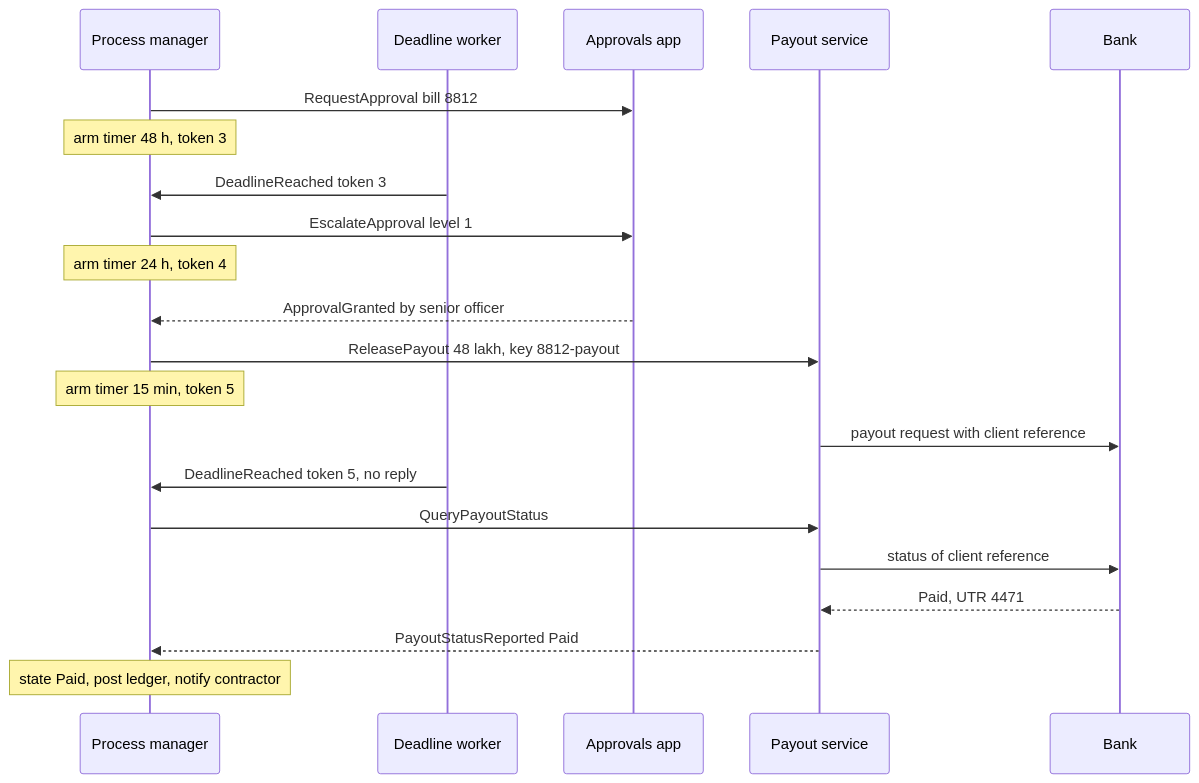
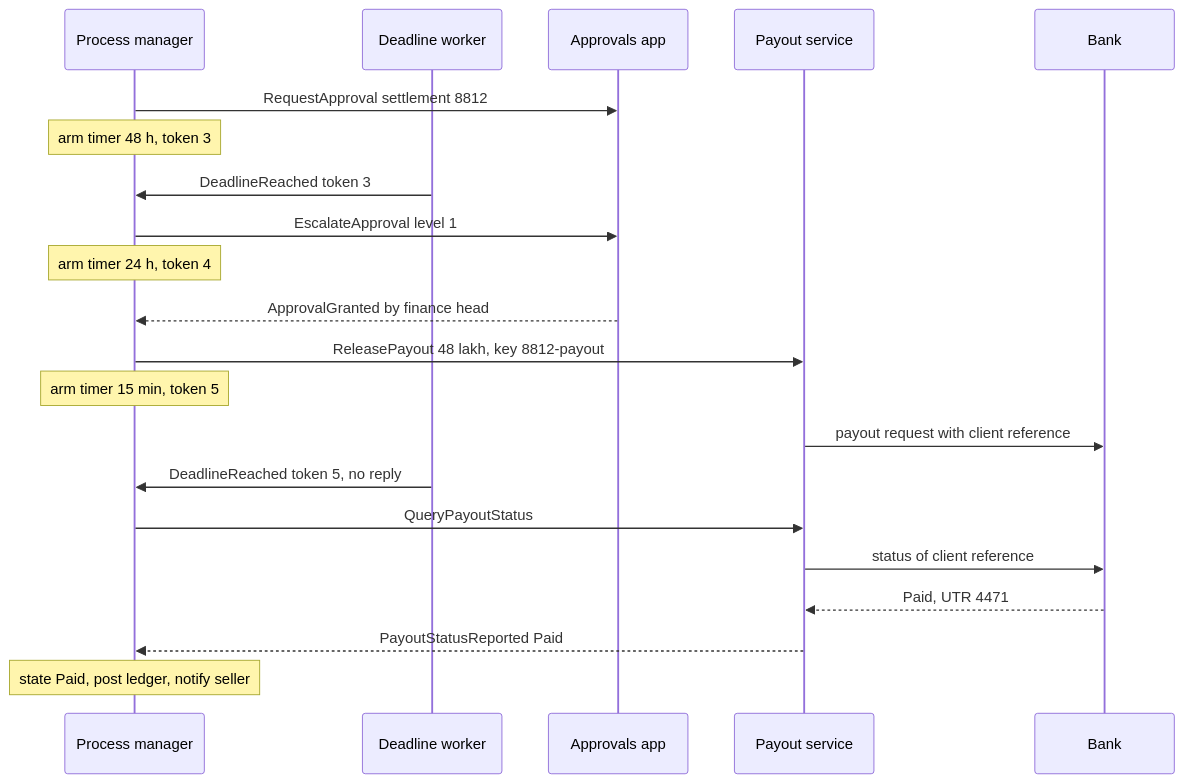
The second of 4 diagrams in content/lessons/m16/m16-saga-orchestration-choreography.md (rizwi0786/system-design-lab), drawn with Mermaid before and after one commit. The commit also changed other lines of this file and 334 other files, not shown here.

````diff
--- a/content/lessons/m16/m16-saga-orchestration-choreography.md
+++ b/content/lessons/m16/m16-saga-orchestration-choreography.md
@@ -220,23 +220,23 @@
 ```mermaid
 sequenceDiagram
     participant PM as Process manager
     participant T as Deadline worker
     participant A as Approvals app
     participant P as Payout service
     participant B as Bank
-    PM->>A: RequestApproval bill 8812
+    PM->>A: RequestApproval settlement 8812
     Note over PM: arm timer 48 h, token 3
     T->>PM: DeadlineReached token 3
     PM->>A: EscalateApproval level 1
     Note over PM: arm timer 24 h, token 4
-    A-->>PM: ApprovalGranted by senior officer
+    A-->>PM: ApprovalGranted by finance head
     PM->>P: ReleasePayout 48 lakh, key 8812-payout
     Note over PM: arm timer 15 min, token 5
     P->>B: payout request with client reference
     T->>PM: DeadlineReached token 5, no reply
     PM->>P: QueryPayoutStatus
     P->>B: status of client reference
     B-->>P: Paid, UTR 4471
     P-->>PM: PayoutStatusReported Paid
-    Note over PM: state Paid, post ledger, notify contractor
+    Note over PM: state Paid, post ledger, notify seller
 ```
````
